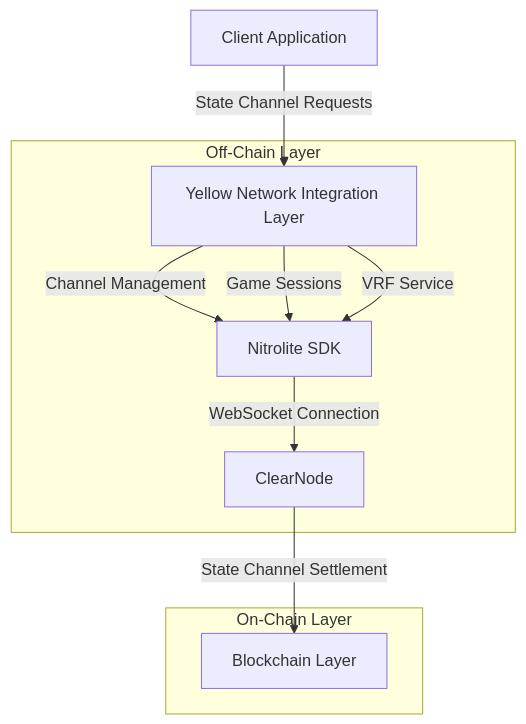
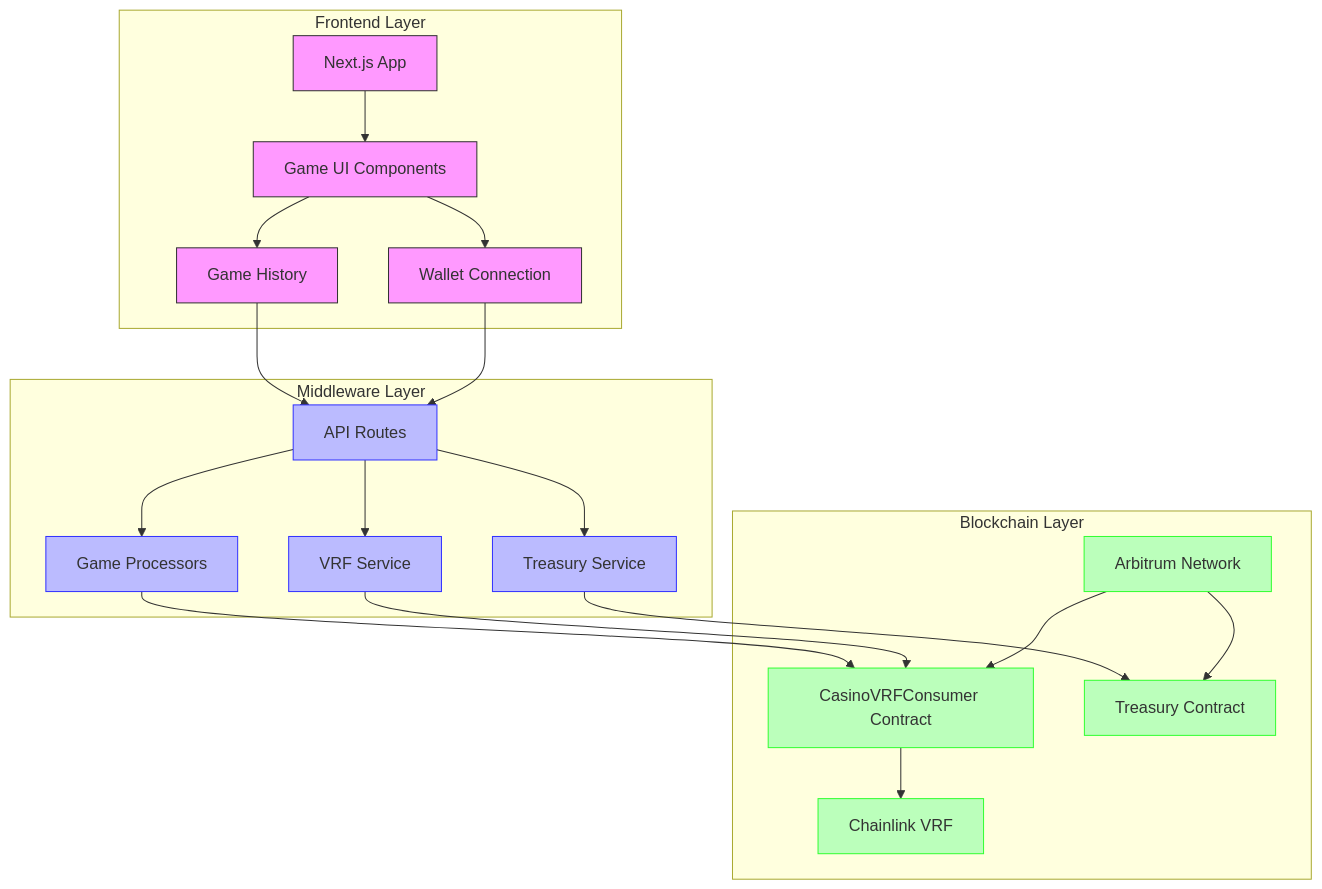
One commit to AmaanSayyad/APT-Casino-Yellow changed the second of 4 diagrams in README.md. Above: the diagram before and after it, drawn with Mermaid. The commit also changed other lines of this file and 125 other files, not shown here.

````diff
--- a/README.md
+++ b/README.md
@@ -15,19 +113,34 @@
 ```mermaid
-graph TD
-    A[Client Application] -->|State Channel Requests| B[Yellow Network Integration Layer]
-    B -->|Channel Management| C[Nitrolite SDK]
-    B -->|Game Sessions| C
-    B -->|VRF Service| C
-    C -->|WebSocket Connection| D[ClearNode]
-    D -->|State Channel Settlement| E[Blockchain Layer]
-    
-    subgraph "Off-Chain Layer"
-    B
-    C
-    D
+graph TB
+    subgraph "Frontend Layer"
+        A[Next.js App] --> B[Game UI Components]
+        B --> C[Wallet Connection]
+        B --> D[Game History]
     end
     
-    subgraph "On-Chain Layer"
-    E
+    subgraph "Middleware Layer"
+        E[API Routes] --> F[VRF Service]
+        E --> G[Game Processors]
+        E --> H[Treasury Service]
     end
+    
+    subgraph "Blockchain Layer"
+        I[Arbitrum Network] --> J[CasinoVRFConsumer Contract]
+        J --> K[Chainlink VRF]
+        I --> L[Treasury Contract]
+    end
+    
+    C --> E
+    D --> E
+    F --> J
+    G --> J
+    H --> L
+    
+    classDef frontend fill:#f9f,stroke:#333,stroke-width:1px
+    classDef middleware fill:#bbf,stroke:#33f,stroke-width:1px
+    classDef blockchain fill:#bfb,stroke:#3f3,stroke-width:1px
+    
+    class A,B,C,D frontend
+    class E,F,G,H middleware
+    class I,J,K,L blockchain
 ```
````
